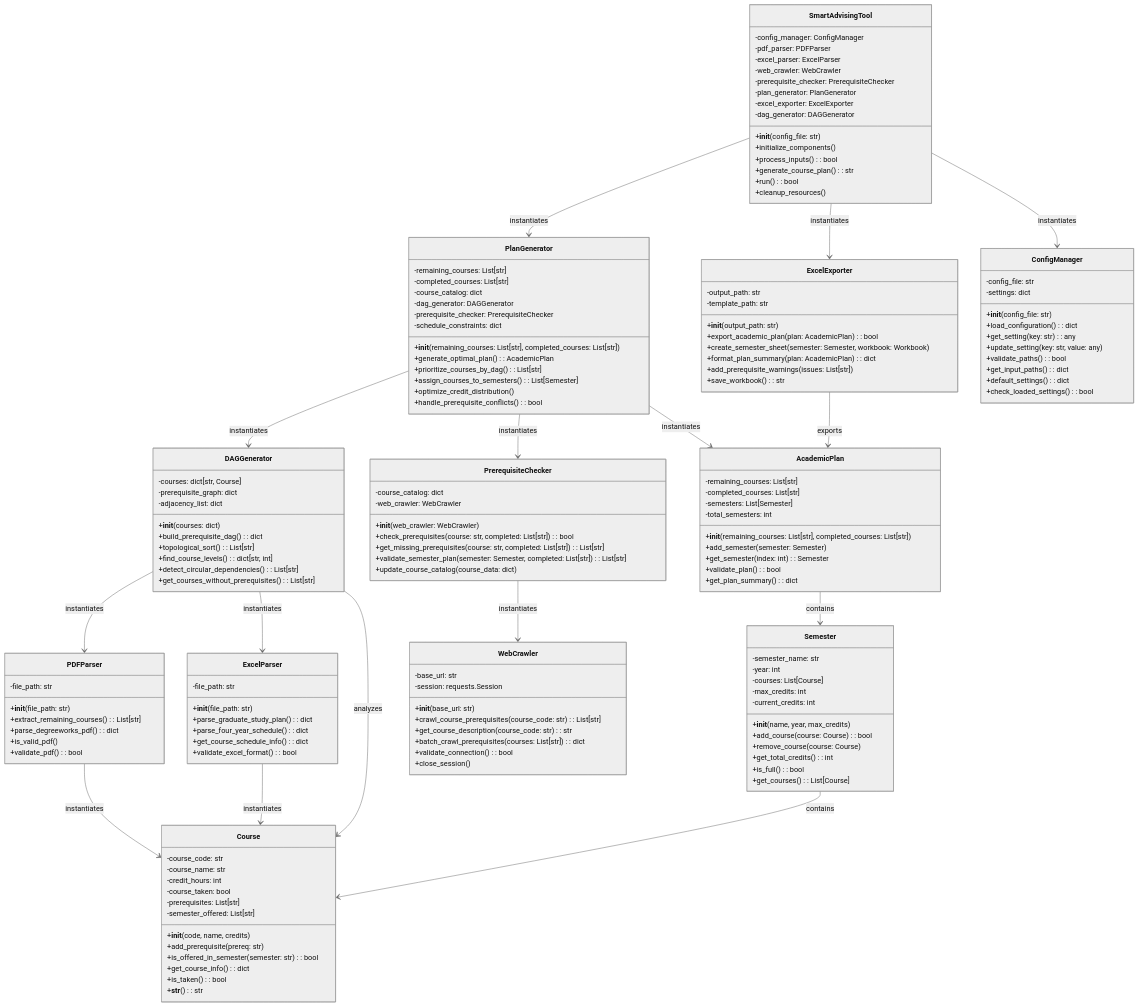
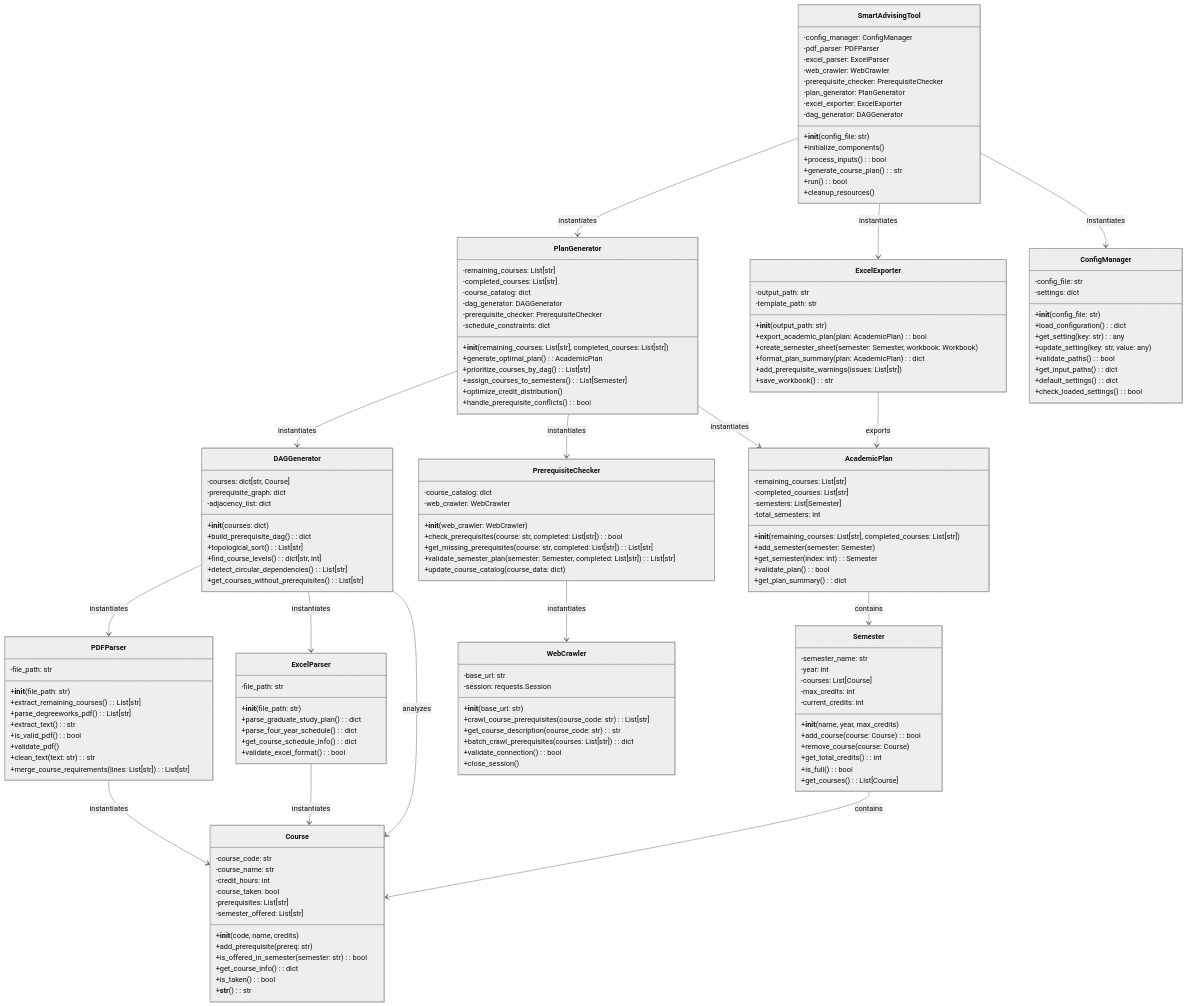
One commit to the-red-crow/better-advise changed the diagram in docs/class_planning_uml.mermaid. Above: the diagram before and after it, drawn with Mermaid (neutral theme). The commit also changed 6 other files, not shown here.

Commit message:
Implemented pdf-parser, added mock input degreeworks

```diff
--- a/docs/class_planning_uml.mermaid
+++ b/docs/class_planning_uml.mermaid
@@ -1,173 +1,176 @@
 classDiagram
     class Course {
         -course_code: str
         -course_name: str
         -credit_hours: int
         -course_taken: bool
         -prerequisites: List[str]
         -semester_offered: List[str]
         +__init__(code, name, credits)
         +add_prerequisite(prereq: str)
         +is_offered_in_semester(semester: str): bool
         +get_course_info(): dict
         +is_taken(): bool
         +__str__(): str
     }
 
     class Semester {
         -semester_name: str
         -year: int
         -courses: List[Course]
         -max_credits: int
         -current_credits: int
         +__init__(name, year, max_credits)
         +add_course(course: Course): bool
         +remove_course(course: Course)
         +get_total_credits(): int
         +is_full(): bool
         +get_courses(): List[Course]
     }
 
     class AcademicPlan {
         -remaining_courses: List[str]
         -completed_courses: List[str]
         -semesters: List[Semester]
         -total_semesters: int
         +__init__(remaining_courses: List[str], completed_courses: List[str])
         +add_semester(semester: Semester)
         +get_semester(index: int): Semester
         +validate_plan(): bool
         +get_plan_summary(): dict
     }
 
     class DAGGenerator {
         -courses: dict[str, Course]
         -prerequisite_graph: dict
         -adjacency_list: dict
         +__init__(courses: dict)
         +build_prerequisite_dag(): dict
         +topological_sort(): List[str]
         +find_course_levels(): dict[str, int]
         +detect_circular_dependencies(): List[str]
         +get_courses_without_prerequisites(): List[str]
     }
 
     class PDFParser {
         -file_path: str
         +__init__(file_path: str)
         +extract_remaining_courses(): List[str]
-        +parse_degreeworks_pdf(): dict
-        +is_valid_pdf()
-        +validate_pdf(): bool
+        +parse_degreeworks_pdf(): List[str]
+        +extract_text(): str
+        +is_valid_pdf(): bool
+        +validate_pdf()
+        +clean_text(text: str): str
+        +merge_course_requirements(lines: List[str]): List[str]
     }
 
     class ExcelParser {
         -file_path: str
         +__init__(file_path: str)
         +parse_graduate_study_plan(): dict
         +parse_four_year_schedule(): dict
         +get_course_schedule_info(): dict
         +validate_excel_format(): bool
     }
 
     class WebCrawler {
         -base_url: str
         -session: requests.Session
         +__init__(base_url: str)
         +crawl_course_prerequisites(course_code: str): List[str]
         +get_course_description(course_code: str): str
         +batch_crawl_prerequisites(courses: List[str]): dict
         +validate_connection(): bool
         +close_session()
     }
 
     class PrerequisiteChecker {
         -course_catalog: dict
         -web_crawler: WebCrawler
         +__init__(web_crawler: WebCrawler)
         +check_prerequisites(course: str, completed: List[str]): bool
         +get_missing_prerequisites(course: str, completed: List[str]): List[str]
         +validate_semester_plan(semester: Semester, completed: List[str]): List[str]
         +update_course_catalog(course_data: dict)
     }
 
     class PlanGenerator {
         -remaining_courses: List[str]
         -completed_courses: List[str]
         -course_catalog: dict
         -dag_generator: DAGGenerator
         -prerequisite_checker: PrerequisiteChecker
         -schedule_constraints: dict
         +__init__(remaining_courses: List[str], completed_courses: List[str])
         +generate_optimal_plan(): AcademicPlan
         +prioritize_courses_by_dag(): List[str]
         +assign_courses_to_semesters(): List[Semester]
         +optimize_credit_distribution()
         +handle_prerequisite_conflicts(): bool
     }
 
     class ExcelExporter {
         -output_path: str
         -template_path: str
         +__init__(output_path: str)
         +export_academic_plan(plan: AcademicPlan): bool
         +create_semester_sheet(semester: Semester, workbook: Workbook)
         +format_plan_summary(plan: AcademicPlan): dict
         +add_prerequisite_warnings(issues: List[str])
         +save_workbook(): str
     }
 
     class ConfigManager {
         -config_file: str
         -settings: dict
         +__init__(config_file: str)
         +load_configuration(): dict
         +get_setting(key: str): any
         +update_setting(key: str, value: any)
         +validate_paths(): bool
         +get_input_paths(): dict
         +default_settings(): dict
         +check_loaded_settings(): bool
     }
 
     class SmartAdvisingTool {
         -config_manager: ConfigManager
         -pdf_parser: PDFParser
         -excel_parser: ExcelParser
         -web_crawler: WebCrawler
         -prerequisite_checker: PrerequisiteChecker
         -plan_generator: PlanGenerator
         -excel_exporter: ExcelExporter
         -dag_generator: DAGGenerator
         +__init__(config_file: str)
         +initialize_components()
         +process_inputs(): bool
         +generate_course_plan(): str
         +run(): bool
         +cleanup_resources()
     }
 
     %% Relationships
     SmartAdvisingTool --> PlanGenerator : instantiates
     SmartAdvisingTool --> ExcelExporter : instantiates
     SmartAdvisingTool --> ConfigManager : instantiates
 
     PDFParser --> Course : instantiates
 
     ExcelParser --> Course : instantiates
 
     PlanGenerator --> DAGGenerator : instantiates
     PlanGenerator --> PrerequisiteChecker : instantiates
     PlanGenerator --> AcademicPlan : instantiates
     
     DAGGenerator --> Course : analyzes
     DAGGenerator --> PDFParser : instantiates
     DAGGenerator --> ExcelParser : instantiates
     
     AcademicPlan --> Semester : contains
     
     Semester --> Course : contains
     
     PrerequisiteChecker --> WebCrawler : instantiates
     
     ExcelExporter --> AcademicPlan : exports
```
